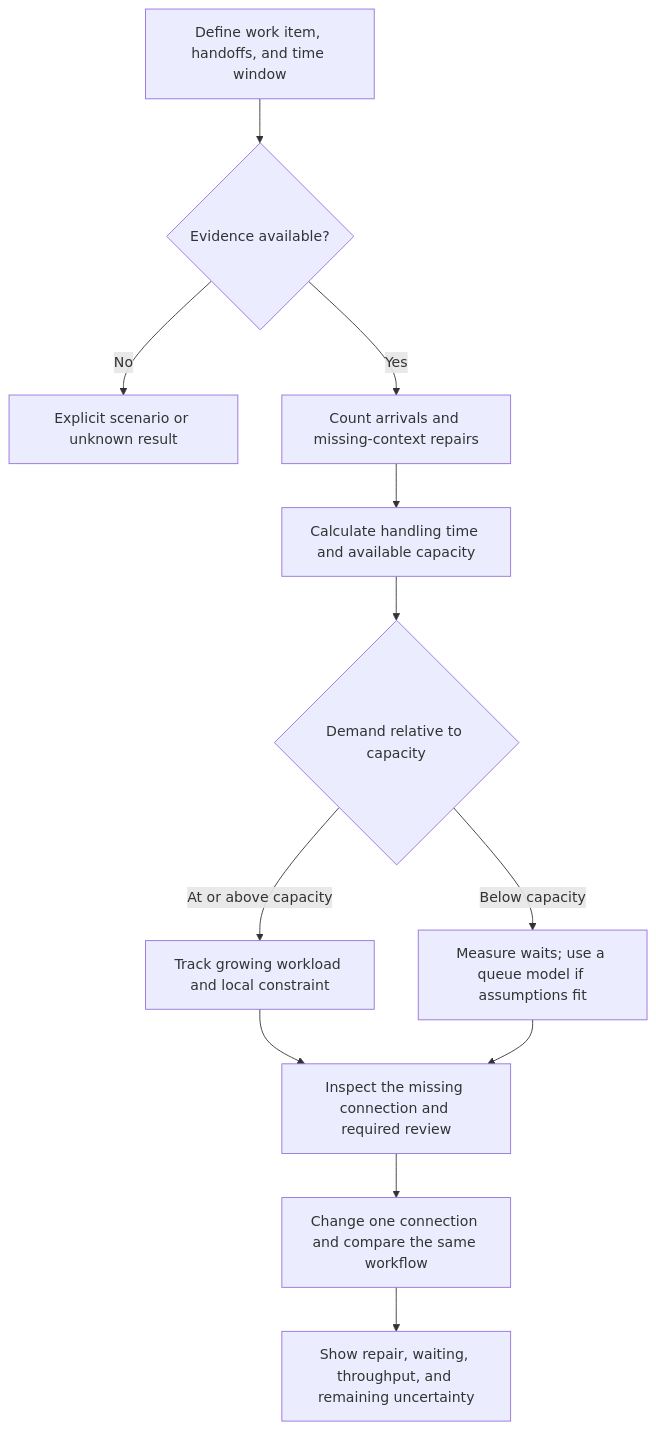
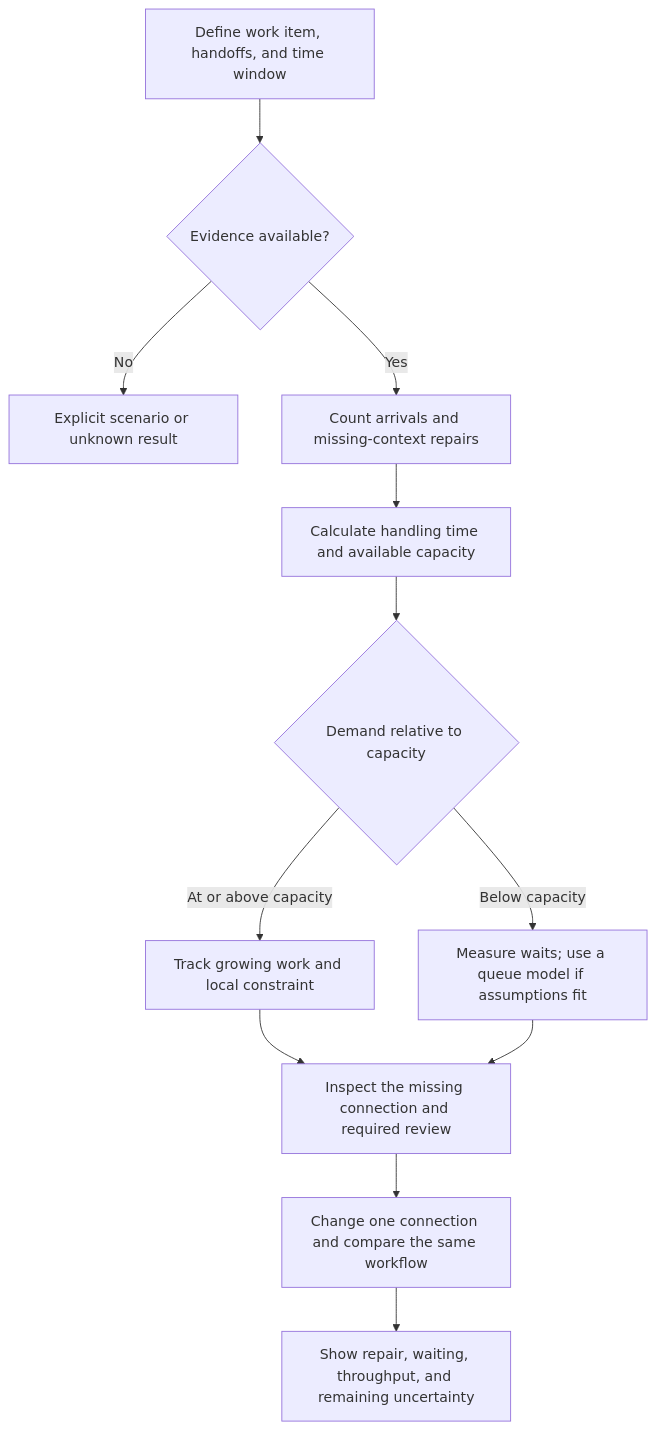
Before and after one commit to erikhinla/flow-visualizer-telemetry: the diagram in src/telemetry/VISUALIZER_MASTER.md, drawn with Mermaid. The commit also changed other lines of this file and 5 other files, not shown here.

````diff
--- a/src/telemetry/VISUALIZER_MASTER.md
+++ b/src/telemetry/VISUALIZER_MASTER.md
@@ -354,14 +385,14 @@
 ```mermaid
 flowchart TD
     A[Define work item, handoffs, and time window] --> B{Evidence available?}
     B -->|No| C[Explicit scenario or unknown result]
     B -->|Yes| D[Count arrivals and missing-context repairs]
     D --> E[Calculate handling time and available capacity]
     E --> F{Demand relative to capacity}
-    F -->|At or above capacity| G[Track growing workload and local constraint]
+    F -->|At or above capacity| G[Track growing work and local constraint]
     F -->|Below capacity| H[Measure waits; use a queue model if assumptions fit]
     G --> I[Inspect the missing connection and required review]
     H --> I
     I --> J[Change one connection and compare the same workflow]
     J --> K[Show repair, waiting, throughput, and remaining uncertainty]
 ```
````
